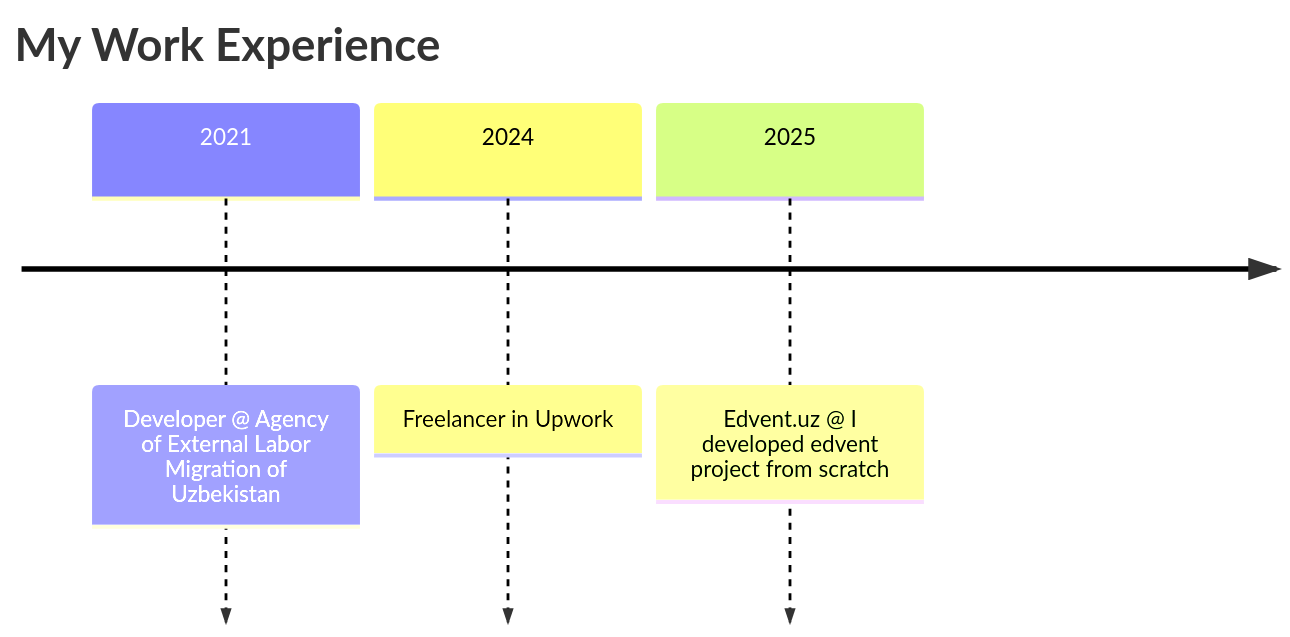
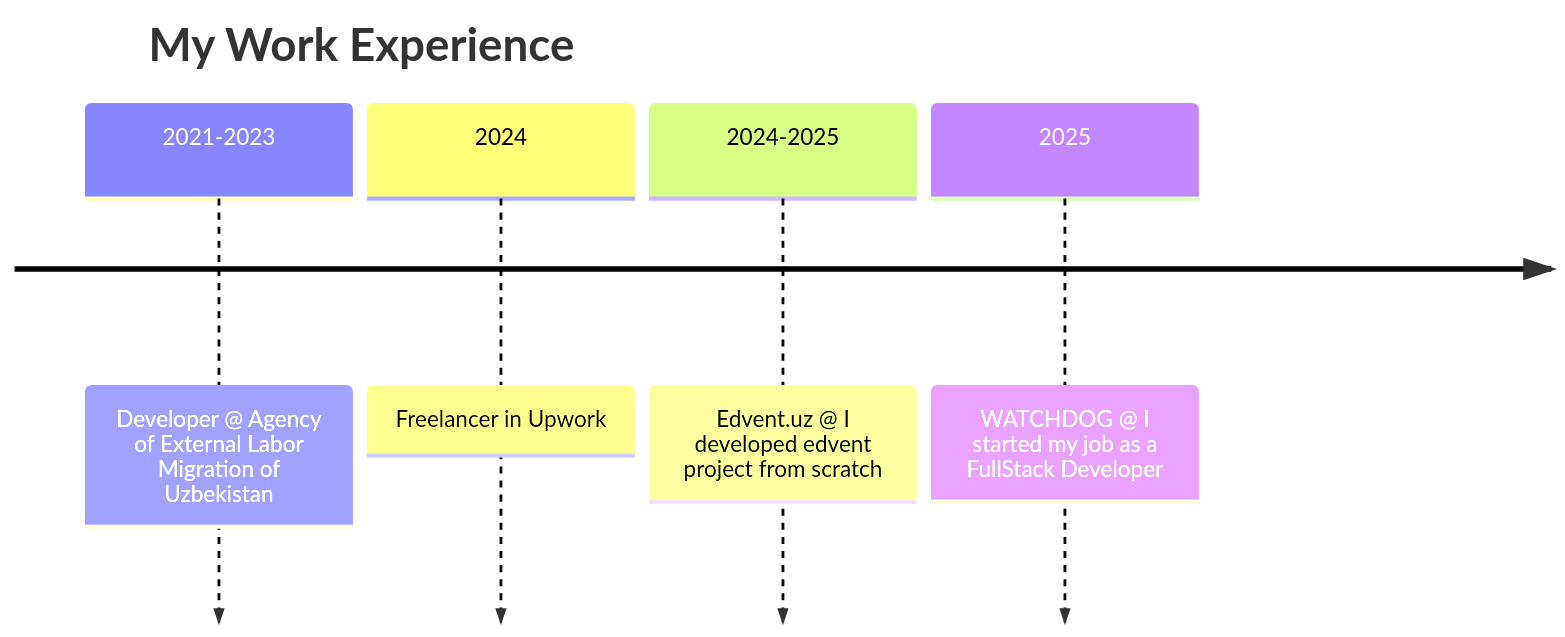
One commit to dilshod1405/dilshod1405 changed the diagram in README.md. Above: the diagram before and after it, drawn with Mermaid.

````diff
--- a/README.md
+++ b/README.md
@@ -63,7 +63,8 @@
 ```mermaid
 timeline
     title My Work Experience
-    2021 : Developer @ Agency of External Labor Migration of Uzbekistan
+    2021-2023 : Developer @ Agency of External Labor Migration of Uzbekistan
     2024 : Freelancer in Upwork
-    2025 : Edvent.uz @ I developed edvent project from scratch
+    2024-2025 : Edvent.uz @ I developed edvent project from scratch
+    2025 : WATCHDOG @ I started my job as a FullStack Developer
 ```
````
